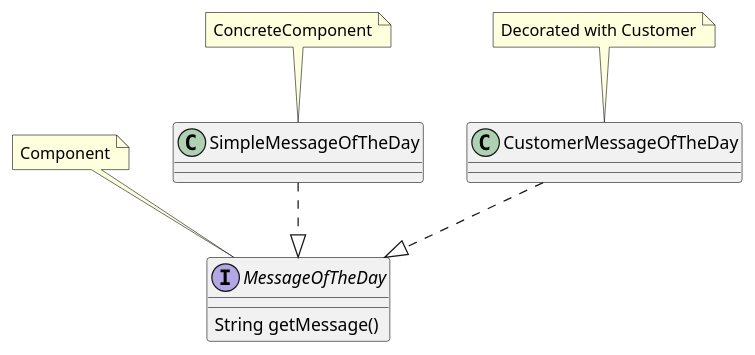
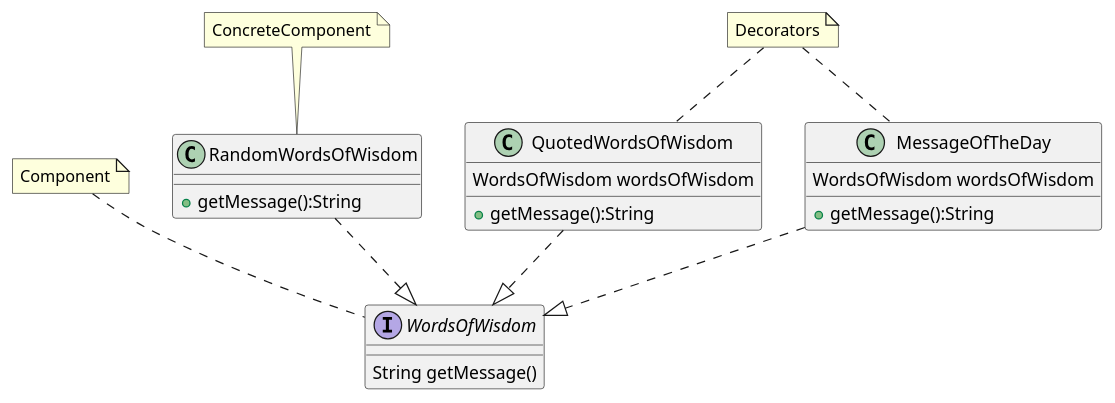
Before and after one commit to mdgriffin/Design-Patterns: the diagram in diagrams/decorator.pu, drawn with PlantUML.

Commit message:
Updated diagram of decorator to match the current implementation

```diff
--- a/diagrams/decorator.pu
+++ b/diagrams/decorator.pu
@@ -1,20 +1,32 @@
 @startuml
 note "Component" as N1
 note "ConcreteComponent" as N2
-note "Decorated with Customer" as N3
+note "Decorators" as N3
 
-interface MessageOfTheDay {
+interface WordsOfWisdom {
     String getMessage()
 }
 
-class SimpleMessageOfTheDay
+class RandomWordsOfWisdom {
+    +getMessage():String
+}
 
-class CustomerMessageOfTheDay
+class QuotedWordsOfWisdom {
+    WordsOfWisdom wordsOfWisdom
+    +getMessage():String
+}
 
-SimpleMessageOfTheDay ..|> MessageOfTheDay
-CustomerMessageOfTheDay ..|> MessageOfTheDay
+class MessageOfTheDay {
+    WordsOfWisdom wordsOfWisdom
+    +getMessage():String
+}
 
-N1 .. MessageOfTheDay
-N2 .. SimpleMessageOfTheDay
-N3 .. CustomerMessageOfTheDay
+RandomWordsOfWisdom ..|> WordsOfWisdom
+QuotedWordsOfWisdom ..|> WordsOfWisdom
+MessageOfTheDay ..|> WordsOfWisdom
+
+N1 .. WordsOfWisdom
+N2 .. RandomWordsOfWisdom
+N3 .. QuotedWordsOfWisdom
+N3 .. MessageOfTheDay
 @enduml
```
